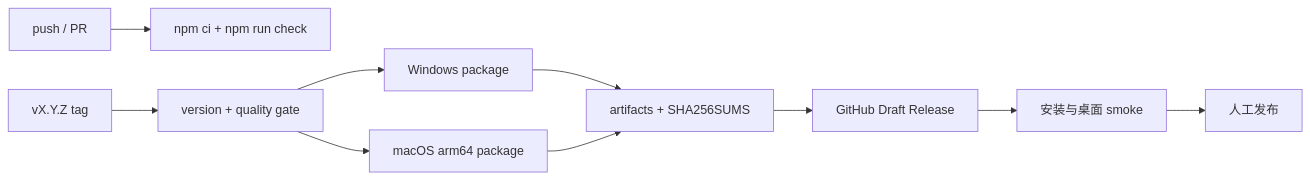
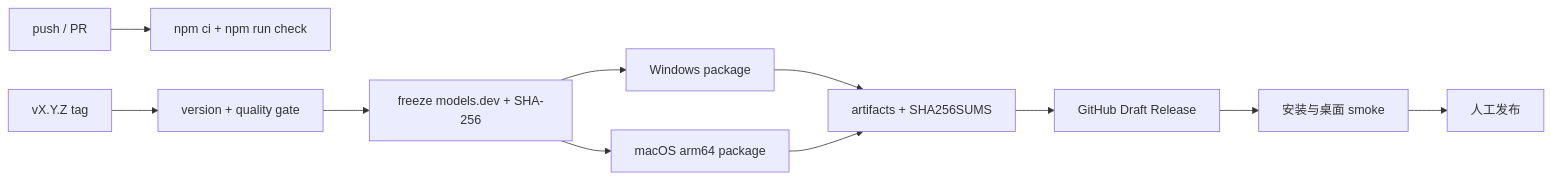
One commit to Pandluto/dmg-end-field changed the diagram in docs/architecture/ci-cd.md. Above: the diagram before and after it, drawn with Mermaid. The commit also changed other lines of this file and 19 other files, not shown here.

````diff
--- a/docs/architecture/ci-cd.md
+++ b/docs/architecture/ci-cd.md
@@ -20,12 +23,13 @@
 ```mermaid
 flowchart LR
   Commit["push / PR"] --> CI["npm ci + npm run check"]
   Tag["vX.Y.Z tag"] --> Validate["version + quality gate"]
-  Validate --> Win["Windows package"]
-  Validate --> Mac["macOS arm64 package"]
+  Validate --> Models["freeze models.dev + SHA-256"]
+  Models --> Win["Windows package"]
+  Models --> Mac["macOS arm64 package"]
   Win --> Hash["artifacts + SHA256SUMS"]
   Mac --> Hash
   Hash --> Draft["GitHub Draft Release"]
   Draft --> Manual["安装与桌面 smoke"]
   Manual --> Publish["人工发布"]
 ```
````
